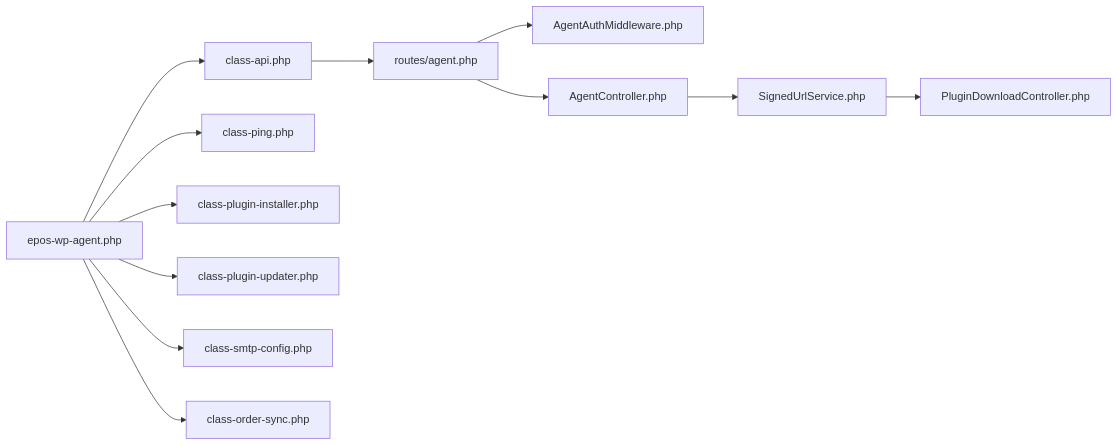
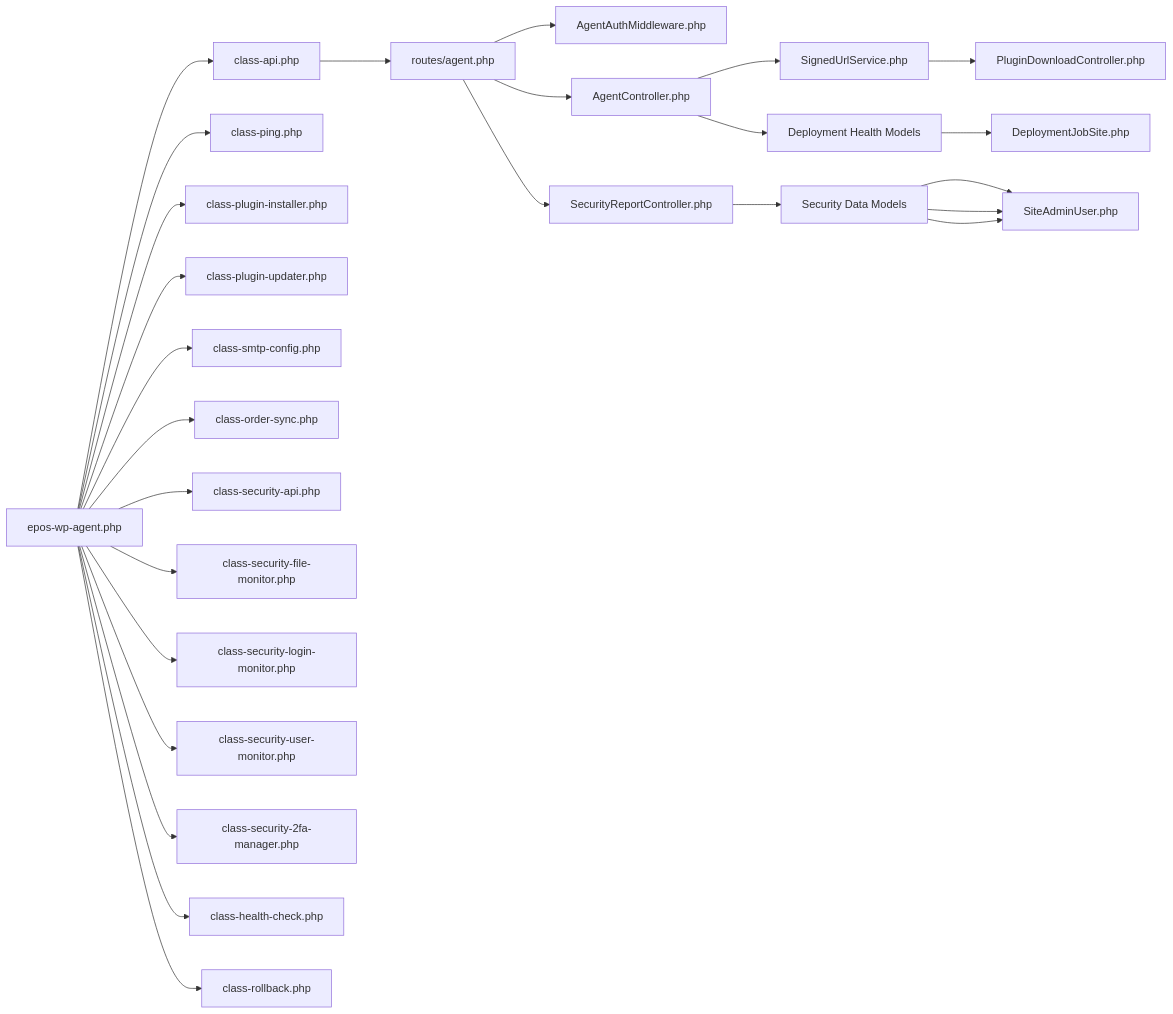
One commit to FCS-WP/website_portal changed diagram 18 of 18 in .qoder/repowiki/en/content/WordPress Agent Integration/WordPress Agent Integration.md. Above: the diagram before and after it, drawn with Mermaid. The commit also changed other lines of this file and 37 other files, not shown here.

````diff
--- a/.qoder/repowiki/en/content/WordPress Agent Integration/WordPress Agent Integration.md
+++ b/.qoder/repowiki/en/content/WordPress Agent Integration/WordPress Agent Integration.md
@@ -445,14 +856,28 @@
 ```mermaid
 graph LR
 WP_Init["epos-wp-agent.php"] --> WP_API["class-api.php"]
 WP_Init --> WP_Ping["class-ping.php"]
 WP_Init --> WP_Plugins["class-plugin-installer.php"]
 WP_Init --> WP_Plugin_Updater["class-plugin-updater.php"]
 WP_Init --> WP_SMTP["class-smtp-config.php"]
 WP_Init --> WP_Order["class-order-sync.php"]
+WP_Init --> WP_Security_API["class-security-api.php"]
+WP_Init --> WP_File_Monitor["class-security-file-monitor.php"]
+WP_Init --> WP_Login_Monitor["class-security-login-monitor.php"]
+WP_Init --> WP_User_Monitor["class-security-user-monitor.php"]
+WP_Init --> WP_2FA_Manager["class-security-2fa-manager.php"]
+WP_Init --> WP_Health_Check["class-health-check.php"]
+WP_Init --> WP_Rollback["class-rollback.php"]
 WP_API --> Portal_Routes["routes/agent.php"]
 Portal_Routes --> Portal_MW["AgentAuthMiddleware.php"]
 Portal_Routes --> Portal_Ctrl["AgentController.php"]
+Portal_Routes --> Portal_Security_Ctrl["SecurityReportController.php"]
 Portal_Ctrl --> Portal_SignedURL["SignedUrlService.php"]
 Portal_SignedURL --> Portal_Download["PluginDownloadController.php"]
+Portal_Security_Ctrl --> Portal_Security_DB["Security Data Models"]
+Portal_Security_DB --> Portal_Security_DB_Models["FileIntegrityBaseline.php"]
+Portal_Security_DB --> Portal_Security_DB_Models["SecurityAlert.php"]
+Portal_Security_DB --> Portal_Security_DB_Models["SiteAdminUser.php"]
+Portal_Ctrl --> Portal_Health_DB["Deployment Health Models"]
+Portal_Health_DB --> Portal_Health_DB_Models["DeploymentJobSite.php"]
 ```
````
